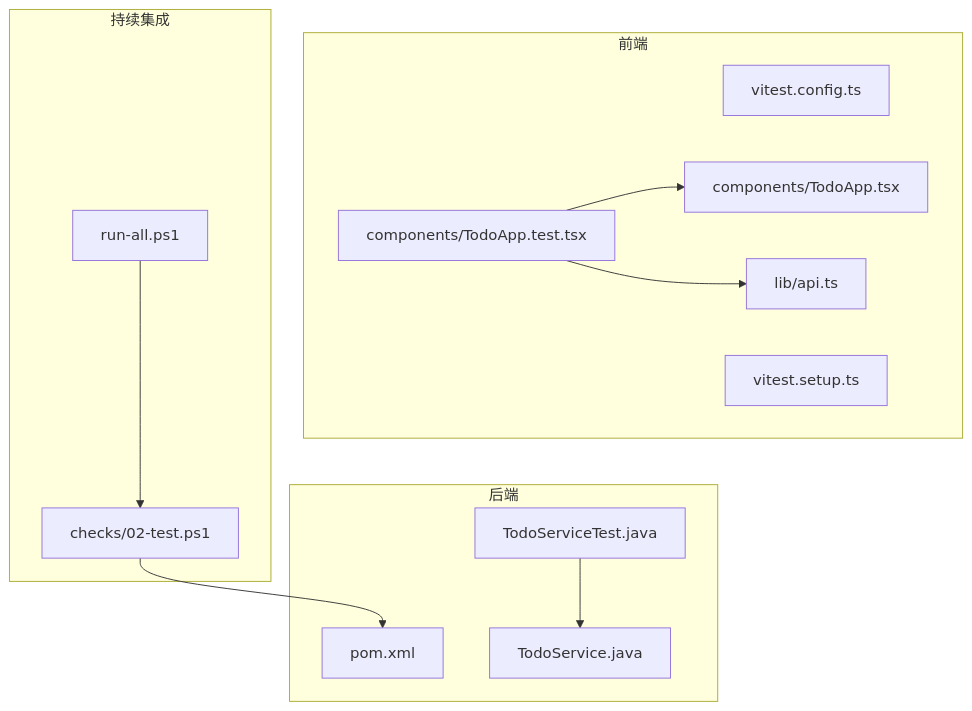
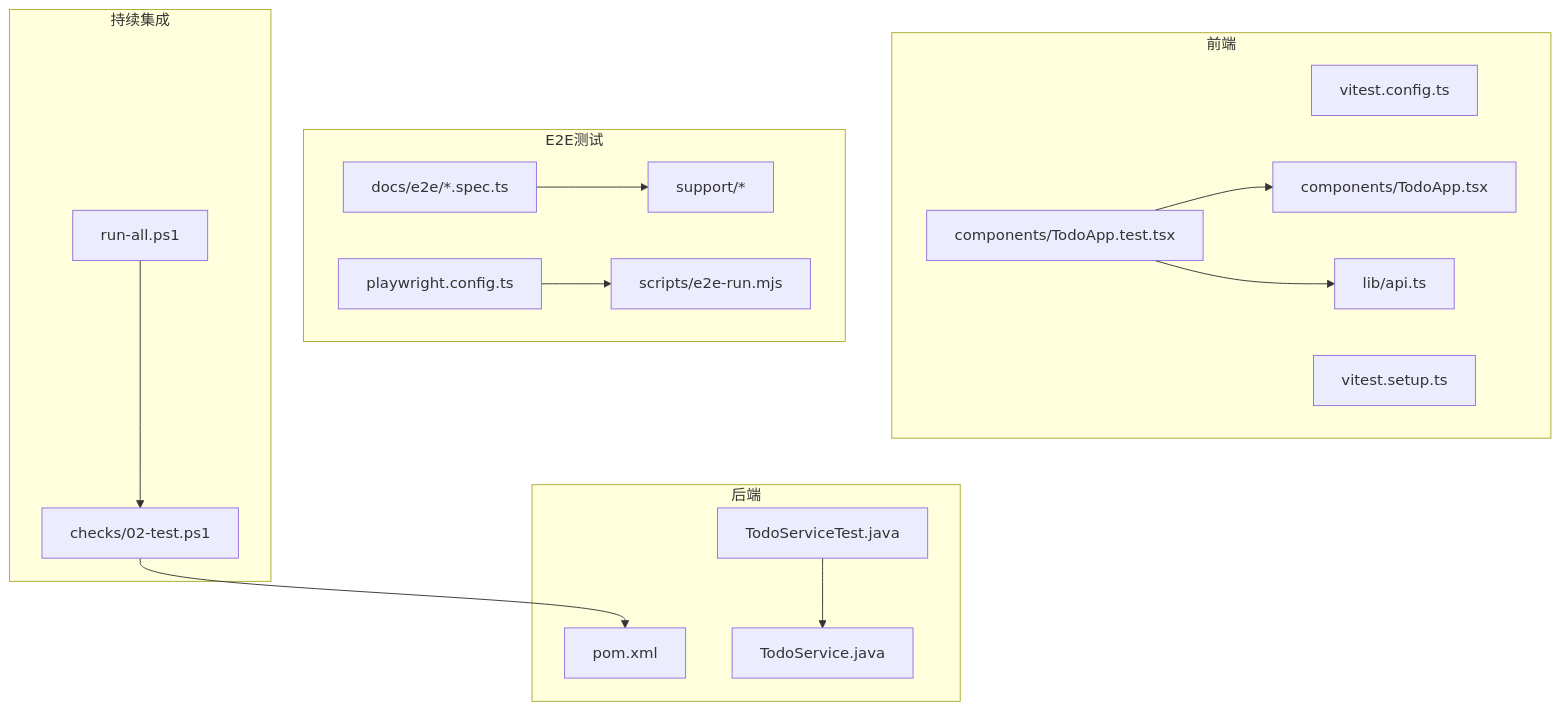
The first of 7 diagrams in .qoder/repowiki/zh/content/测试策略.md (luyitiger6/my-first-project), drawn with Mermaid before and after one commit. The commit also changed other lines of this file and 33 other files, not shown here.

````diff
--- a/.qoder/repowiki/zh/content/测试策略.md
+++ b/.qoder/repowiki/zh/content/测试策略.md
@@ -40,24 +59,32 @@
 ```mermaid
 graph TB
 subgraph "后端"
 B_POM["pom.xml"]
 B_Service["TodoService.java"]
 B_Test["TodoServiceTest.java"]
 end
 subgraph "前端"
 F_Config["vitest.config.ts"]
 F_Setup["vitest.setup.ts"]
 F_Api["lib/api.ts"]
 F_Component["components/TodoApp.tsx"]
 F_Test["components/TodoApp.test.tsx"]
 end
+subgraph "E2E测试"
+PW_Config["playwright.config.ts"]
+PW_Scripts["scripts/e2e-run.mjs"]
+PW_E2E["docs/e2e/*.spec.ts"]
+PW_Support["support/*"]
+end
 subgraph "持续集成"
 H_Run["run-all.ps1"]
 H_TestGate["checks/02-test.ps1"]
 end
 B_Test --> B_Service
 F_Test --> F_Component
 F_Test --> F_Api
+PW_E2E --> PW_Support
+PW_Config --> PW_Scripts
 H_Run --> H_TestGate
 H_TestGate --> B_POM
 ```
````
